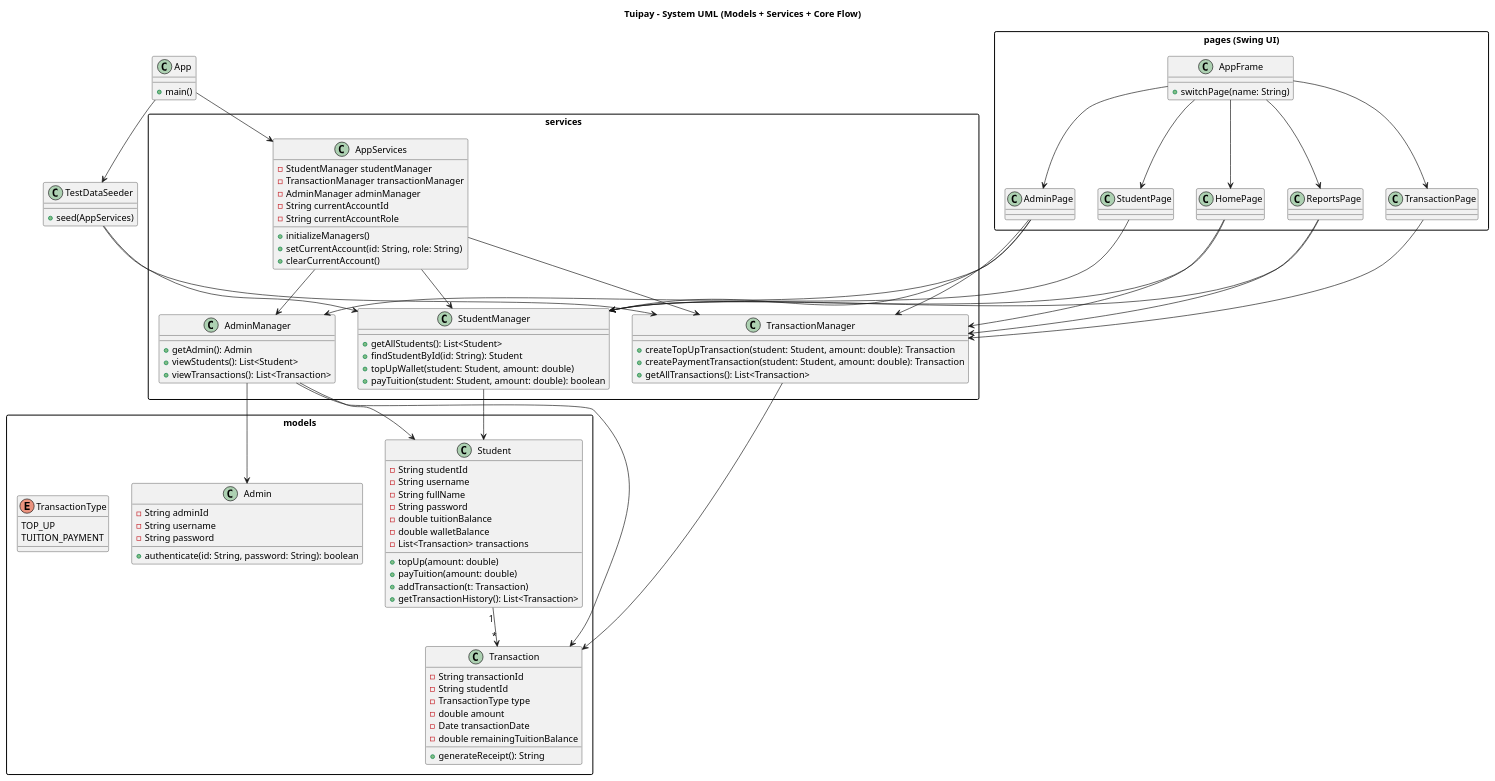
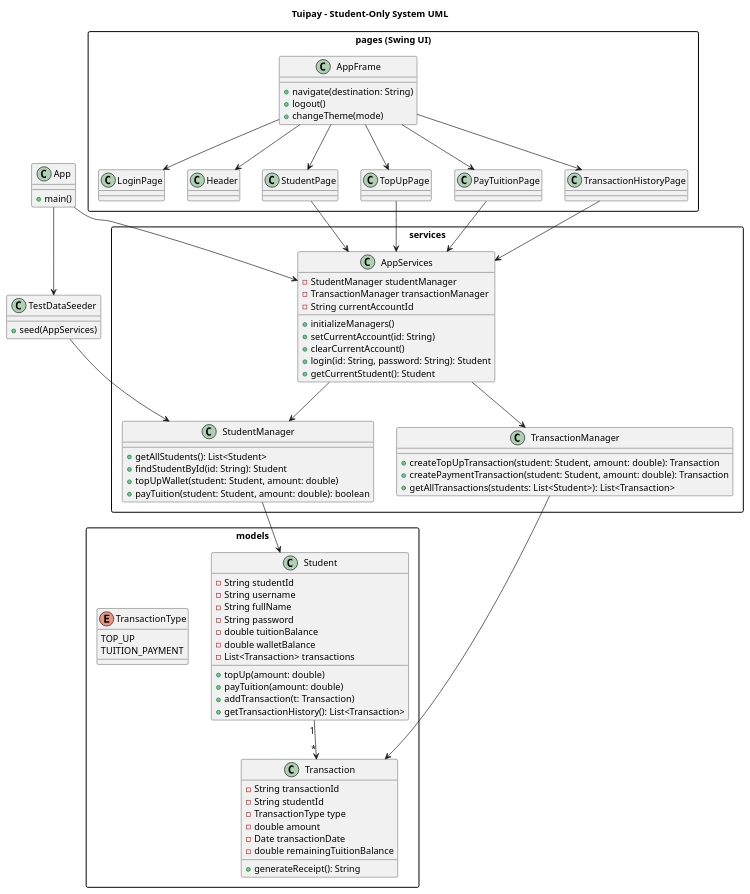
One commit to Jasmyre/Tuipay changed the diagram in src/main/resources/puml/uml.puml. Above: the diagram before and after it, drawn with PlantUML. The commit also changed 14 other files, not shown here.

Commit message:
refactor: Remove admin functionality and related components to focus on student-only features

```diff
--- a/src/main/resources/puml/uml.puml
+++ b/src/main/resources/puml/uml.puml
@@ -1,145 +1,110 @@
 @startuml
-title Tuipay - System UML (Models + Services + Core Flow)
+title Tuipay - Student-Only System UML
 
 skinparam packageStyle rectangle
 
-' =======================
-' MODELS
-' =======================
 package "models" {
-
   class Student {
     - String studentId
     - String username
     - String fullName
     - String password
     - double tuitionBalance
     - double walletBalance
     - List<Transaction> transactions
     + topUp(amount: double)
     + payTuition(amount: double)
     + addTransaction(t: Transaction)
     + getTransactionHistory(): List<Transaction>
-  }
-
-  class Admin {
-    - String adminId
-    - String username
-    - String password
-    + authenticate(id: String, password: String): boolean
   }
 
   class Transaction {
     - String transactionId
     - String studentId
     - TransactionType type
     - double amount
     - Date transactionDate
     - double remainingTuitionBalance
     + generateReceipt(): String
   }
 
   enum TransactionType {
     TOP_UP
     TUITION_PAYMENT
   }
 
   Student "1" --> "*" Transaction
 }
 
-' =======================
-' SERVICES
-' =======================
 package "services" {
-
   class AppServices {
     - StudentManager studentManager
     - TransactionManager transactionManager
-    - AdminManager adminManager
     - String currentAccountId
-    - String currentAccountRole
     + initializeManagers()
-    + setCurrentAccount(id: String, role: String)
+    + setCurrentAccount(id: String)
     + clearCurrentAccount()
+    + login(id: String, password: String): Student
+    + getCurrentStudent(): Student
   }
 
   class StudentManager {
     + getAllStudents(): List<Student>
     + findStudentById(id: String): Student
     + topUpWallet(student: Student, amount: double)
     + payTuition(student: Student, amount: double): boolean
   }
 
   class TransactionManager {
     + createTopUpTransaction(student: Student, amount: double): Transaction
     + createPaymentTransaction(student: Student, amount: double): Transaction
-    + getAllTransactions(): List<Transaction>
-  }
-
-  class AdminManager {
-    + getAdmin(): Admin
-    + viewStudents(): List<Student>
-    + viewTransactions(): List<Transaction>
+    + getAllTransactions(students: List<Student>): List<Transaction>
   }
 
   AppServices --> StudentManager
   AppServices --> TransactionManager
-  AppServices --> AdminManager
 
   StudentManager --> Student
   TransactionManager --> Transaction
-  AdminManager --> Admin
-  AdminManager --> Student
-  AdminManager --> Transaction
 }
 
-' =======================
-' UI LAYER (PAGES)
-' =======================
 package "pages (Swing UI)" {
-
   class AppFrame {
-    + switchPage(name: String)
+    + navigate(destination: String)
+    + logout()
+    + changeTheme(mode)
   }
 
-  class HomePage
+  class LoginPage
+  class Header
   class StudentPage
-  class TransactionPage
-  class AdminPage
-  class ReportsPage
+  class TopUpPage
+  class PayTuitionPage
+  class TransactionHistoryPage
 
-  AppFrame --> HomePage
+  AppFrame --> LoginPage
+  AppFrame --> Header
   AppFrame --> StudentPage
-  AppFrame --> TransactionPage
-  AppFrame --> AdminPage
-  AppFrame --> ReportsPage
+  AppFrame --> TopUpPage
+  AppFrame --> PayTuitionPage
+  AppFrame --> TransactionHistoryPage
 
-  HomePage --> StudentManager
-  HomePage --> TransactionManager
-
-  StudentPage --> StudentManager
-  TransactionPage --> TransactionManager
-  AdminPage --> AdminManager
-  AdminPage --> StudentManager
-  AdminPage --> TransactionManager
-  ReportsPage --> StudentManager
-  ReportsPage --> TransactionManager
+  StudentPage --> AppServices
+  TopUpPage --> AppServices
+  PayTuitionPage --> AppServices
+  TransactionHistoryPage --> AppServices
 }
 
-' =======================
-' BOOTSTRAP
-' =======================
 class App {
   + main()
 }
 
 class TestDataSeeder {
   + seed(AppServices)
 }
 
 App --> AppServices
 App --> TestDataSeeder
 TestDataSeeder --> StudentManager
-TestDataSeeder --> TransactionManager
 
 @enduml
```
